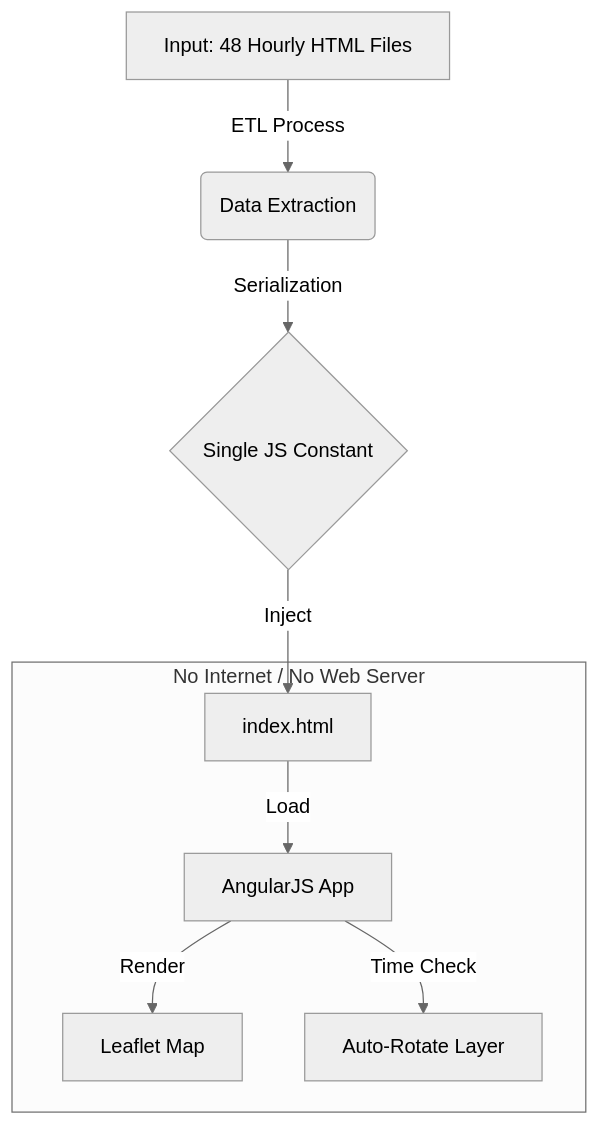
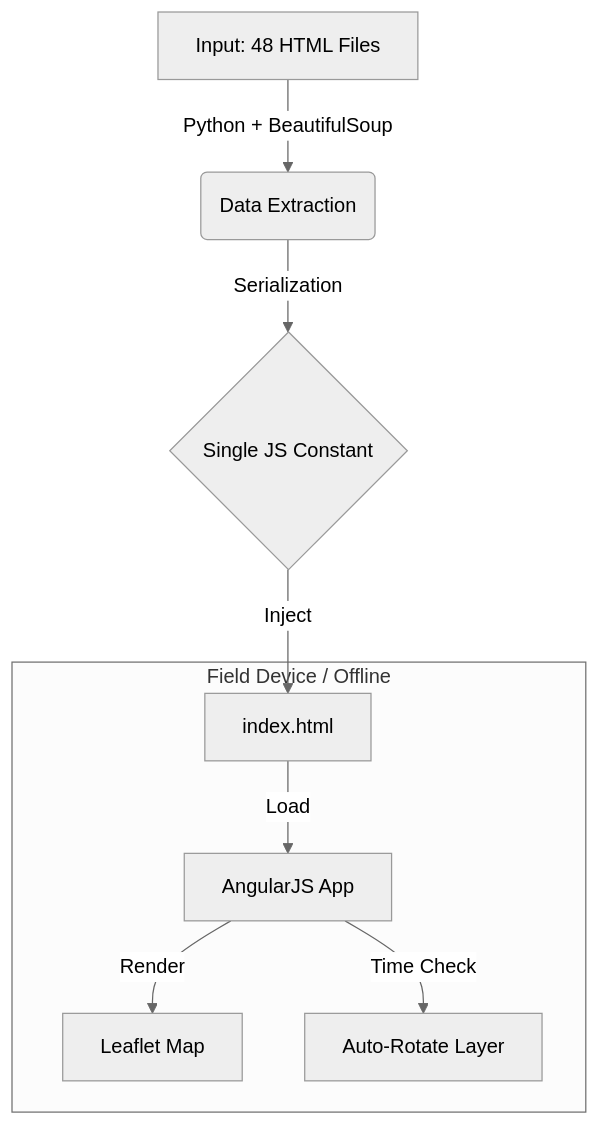
Before and after one commit to dugann/gis-field-maps: the diagram in README.md, drawn with Mermaid (neutral theme). The commit also changed other lines of this file, not shown here.

````diff
--- a/README.md
+++ b/README.md
@@ -13,12 +13,12 @@
 ```mermaid
 graph TD
-    A[Input: 48 Hourly HTML Files] -->|ETL Process| B(Data Extraction)
+    A[Input: 48 HTML Files] -->|Python + BeautifulSoup| B(Data Extraction)
     B -->|Serialization| C{Single JS Constant}
     C -->|Inject| D[index.html]
     
-    subgraph Client Device [No Internet / No Web Server]
+    subgraph Client Device [Field Device / Offline]
         D -->|Load| E[AngularJS App]
         E -->|Render| F[Leaflet Map]
         E -->|Time Check| G[Auto-Rotate Layer]
     end
 ```
````
